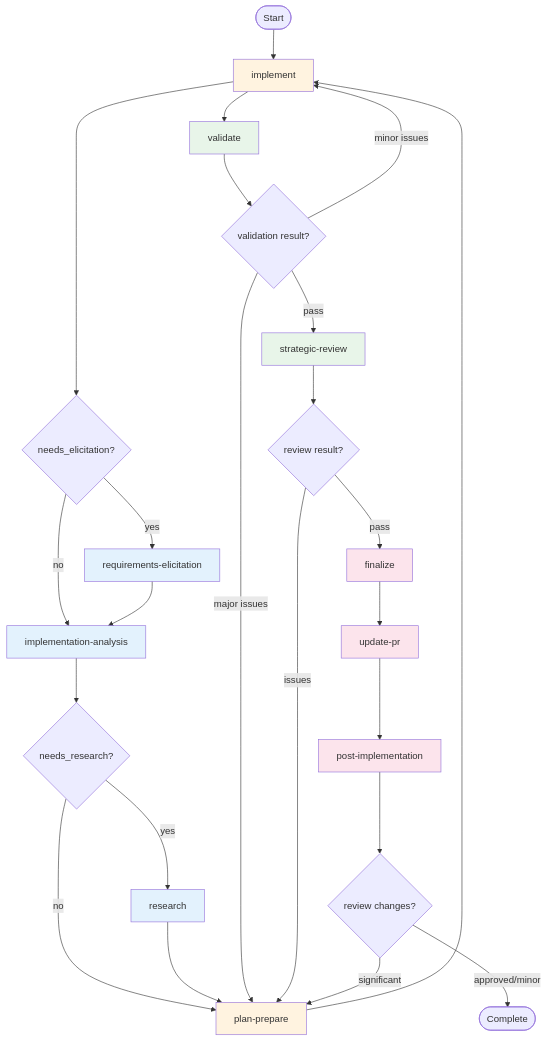
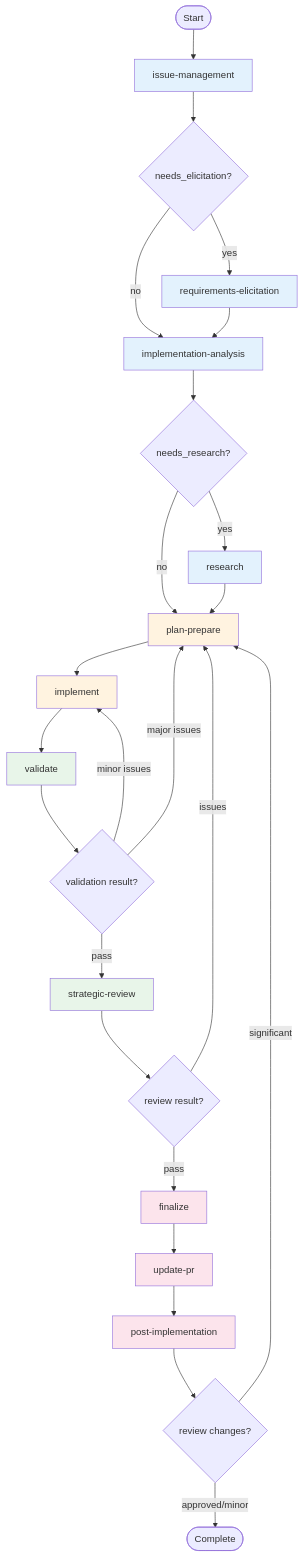
Before and after one commit to m2ux/workflow-server: the first of 12 diagrams in work-package/README.md, drawn with Mermaid.

Commit message:
fix: correct duplicate node ID in workflow Mermaid diagram
Changed 'IM' to 'IMP' for the implement activity to avoid
conflict with issue-management node ID.

````diff
--- a/work-package/README.md
+++ b/work-package/README.md
@@ -28,45 +28,45 @@
 ```mermaid
 graph TD
     Start([Start]) --> IM[issue-management]
     
     IM --> RE{needs_elicitation?}
     RE -->|yes| REL[requirements-elicitation]
     RE -->|no| IA
     REL --> IA[implementation-analysis]
     
     IA --> RES{needs_research?}
     RES -->|yes| RS[research]
     RES -->|no| PP
     RS --> PP[plan-prepare]
     
-    PP --> IM[implement]
-    IM --> VAL[validate]
+    PP --> IMP[implement]
+    IMP --> VAL[validate]
     
     VAL --> VD{validation result?}
     VD -->|pass| SR[strategic-review]
-    VD -->|minor issues| IM
+    VD -->|minor issues| IMP
     VD -->|major issues| PP
     
     SR --> SRD{review result?}
     SRD -->|pass| FIN[finalize]
     SRD -->|issues| PP
     
     FIN --> UPR[update-pr]
     UPR --> PI[post-implementation]
     
     PI --> PID{review changes?}
     PID -->|significant| PP
     PID -->|approved/minor| Done([Complete])
     
     style IM fill:#e3f2fd
     style REL fill:#e3f2fd
     style IA fill:#e3f2fd
     style RS fill:#e3f2fd
     style PP fill:#fff3e0
-    style IM fill:#fff3e0
+    style IMP fill:#fff3e0
     style VAL fill:#e8f5e9
     style SR fill:#e8f5e9
     style FIN fill:#fce4ec
     style UPR fill:#fce4ec
     style PI fill:#fce4ec
 ```
````
